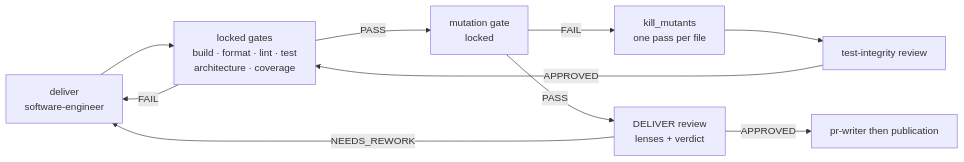
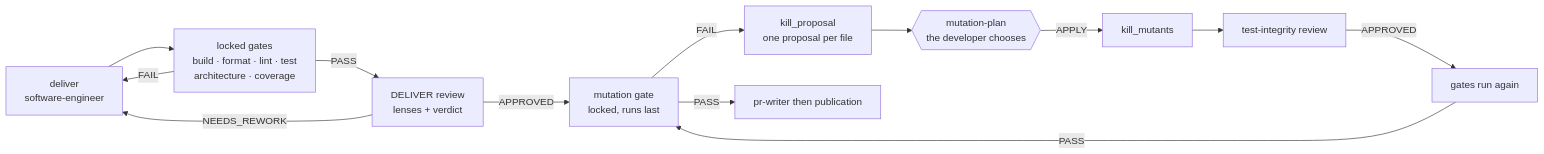
One commit to SebastienDegodez/skraft-plugin changed the second of 2 diagrams in docs/site/en/explanation/software-craftsmanship.md. Above: the diagram before and after it, drawn with Mermaid. The commit also changed other lines of this file and 1 other file, not shown here.

Commit message:
docs(explanation): DELIVER craft aligné sur alpha.19 (mutation en dernier)
Le schéma et le texte plaçaient la mutation avant la revue DELIVER.
Depuis #380 : gates, revue, puis mutation une seule fois ; les survivants
passent par kill_proposal et la question mutation-plan.

Claude-Session: https://claude.ai/code/session_01LmiEWir7Ug9DkFVPyZ6CnB

````diff
--- a/docs/site/en/explanation/software-craftsmanship.md
+++ b/docs/site/en/explanation/software-craftsmanship.md
@@ -121,12 +124,15 @@
 ```mermaid
 flowchart LR
     D["deliver<br/>software-engineer"] --> G["locked gates<br/>build · format · lint · test<br/>architecture · coverage"]
     G -- "FAIL" --> D
-    G -- "PASS" --> M["mutation gate<br/>locked"]
-    M -- "FAIL" --> K["kill_mutants<br/>one pass per file"]
+    G -- "PASS" --> DR["DELIVER review<br/>lenses + verdict"]
+    DR -- "NEEDS_REWORK" --> D
+    DR -- "APPROVED" --> M["mutation gate<br/>locked, runs last"]
+    M -- "FAIL" --> KP["kill_proposal<br/>one proposal per file"]
+    KP --> Q{{"mutation-plan<br/>the developer chooses"}}
+    Q -- "APPLY" --> K["kill_mutants"]
     K --> R["test-integrity review"]
-    R -- "APPROVED" --> G
-    M -- "PASS" --> DR["DELIVER review<br/>lenses + verdict"]
-    DR -- "NEEDS_REWORK" --> D
-    DR -- "APPROVED" --> P["pr-writer then publication"]
+    R -- "APPROVED" --> MG["gates run again"]
+    MG -- "PASS" --> M
+    M -- "PASS" --> P["pr-writer then publication"]
 ```
````
